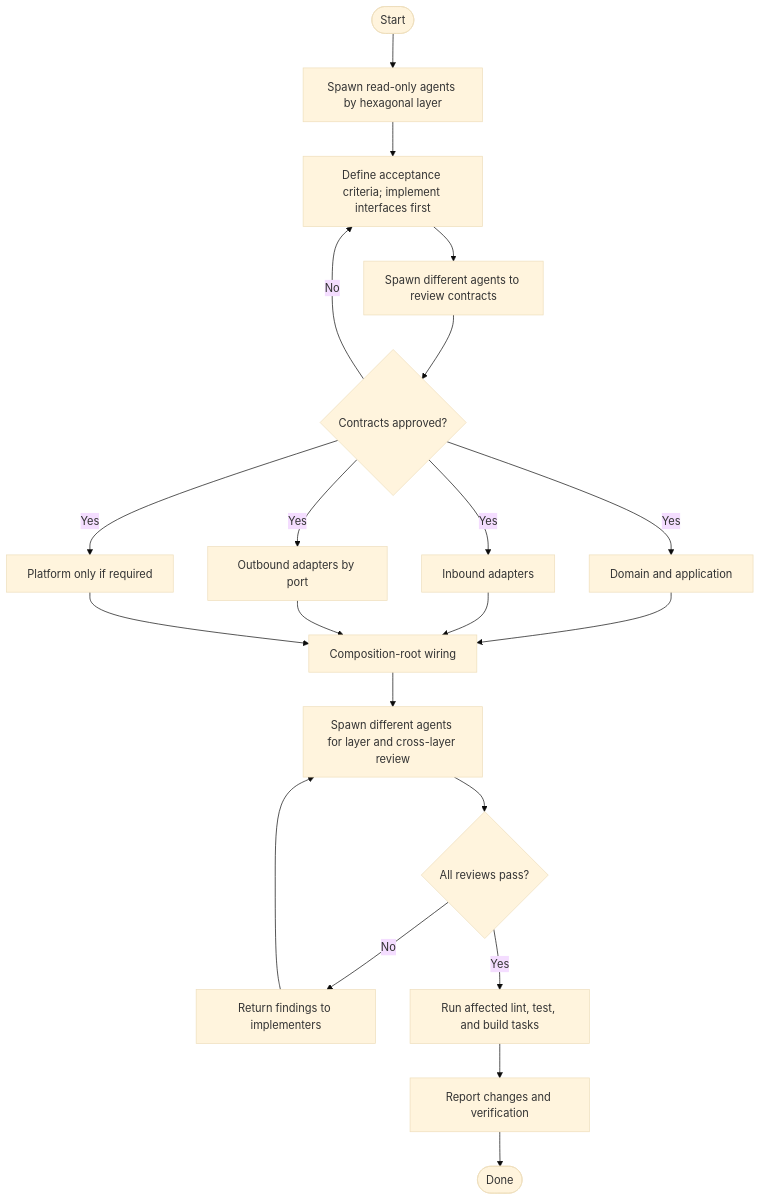
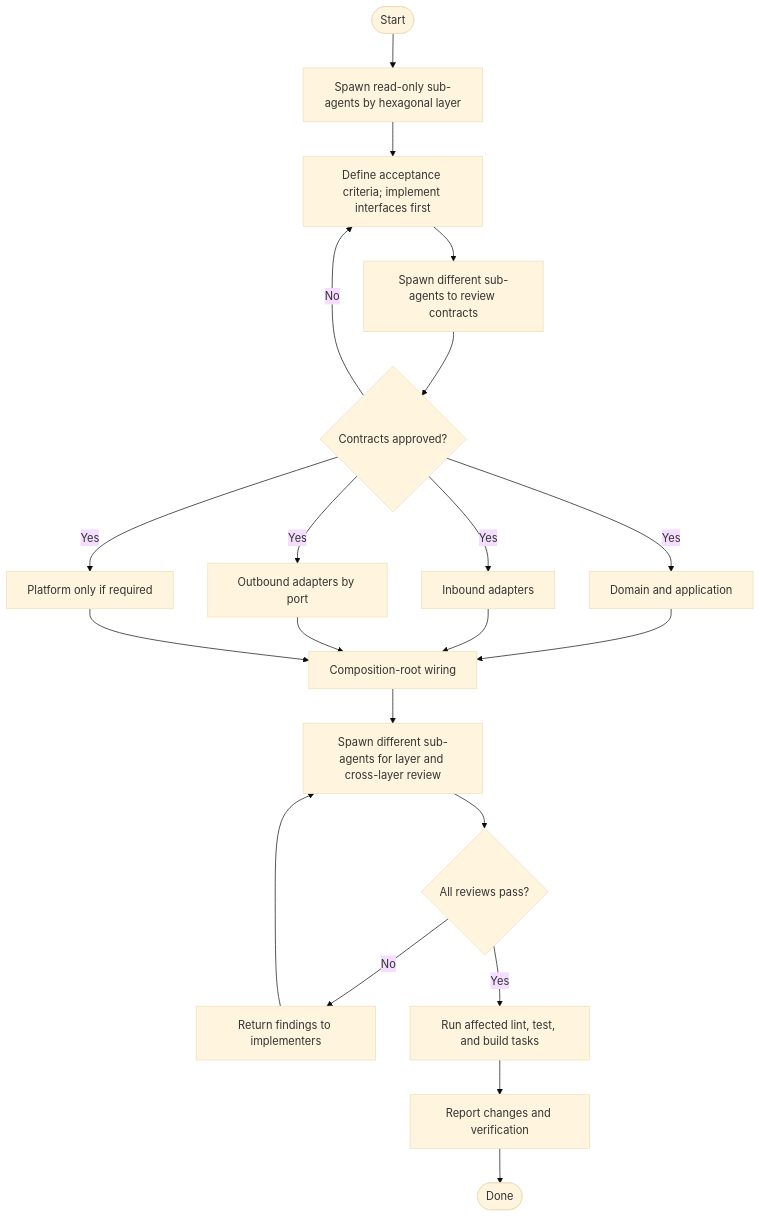
One commit to teytattze/recallos changed the diagram in .agents/skills/loop-server-feature/SKILL.md. Above: the diagram before and after it, drawn with Mermaid (base theme). The commit also changed other lines of this file and 21 other files, not shown here.

````diff
--- a/.agents/skills/loop-server-feature/SKILL.md
+++ b/.agents/skills/loop-server-feature/SKILL.md
@@ -17,26 +17,26 @@
 ```mermaid
 flowchart TD
     start(["Start"])
-    explore["Spawn read-only agents by hexagonal layer"]
+    explore["Spawn read-only sub-agents by hexagonal layer"]
     contracts["Define acceptance criteria; implement interfaces first"]
-    contractReview["Spawn different agents to review contracts"]
+    contractReview["Spawn different sub-agents to review contracts"]
     contractApproved{"Contracts approved?"}
     domain["Domain and application"]
     inbound["Inbound adapters"]
     outbound["Outbound adapters by port"]
     platform["Platform only if required"]
     wiring["Composition-root wiring"]
-    review["Spawn different agents for layer and cross-layer review"]
+    review["Spawn different sub-agents for layer and cross-layer review"]
     approved{"All reviews pass?"}
     revise["Return findings to implementers"]
     verify["Run affected lint, test, and build tasks"]
     report["Report changes and verification"]
     done(["Done"])
 
     start --> explore --> contracts --> contractReview --> contractApproved
     contractApproved -- No --> contracts
     contractApproved -- Yes --> domain & inbound & outbound & platform
     domain & inbound & outbound & platform --> wiring --> review --> approved
     approved -- No --> revise --> review
     approved -- Yes --> verify --> report --> done
 ```
````
